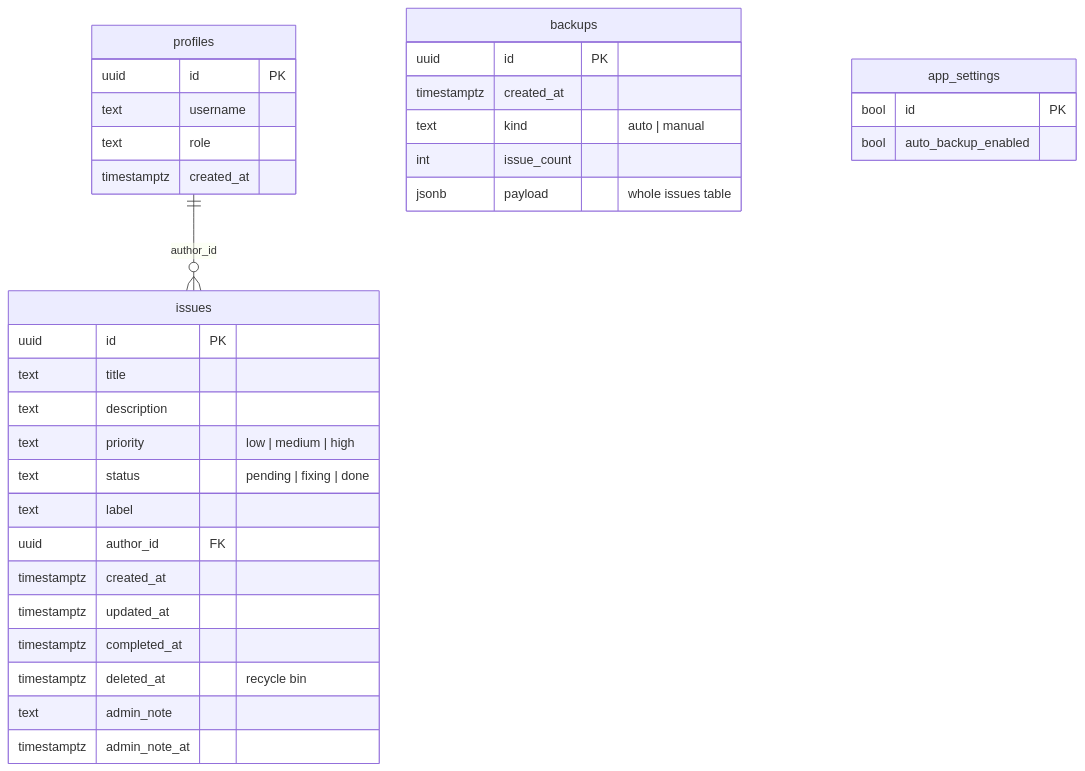
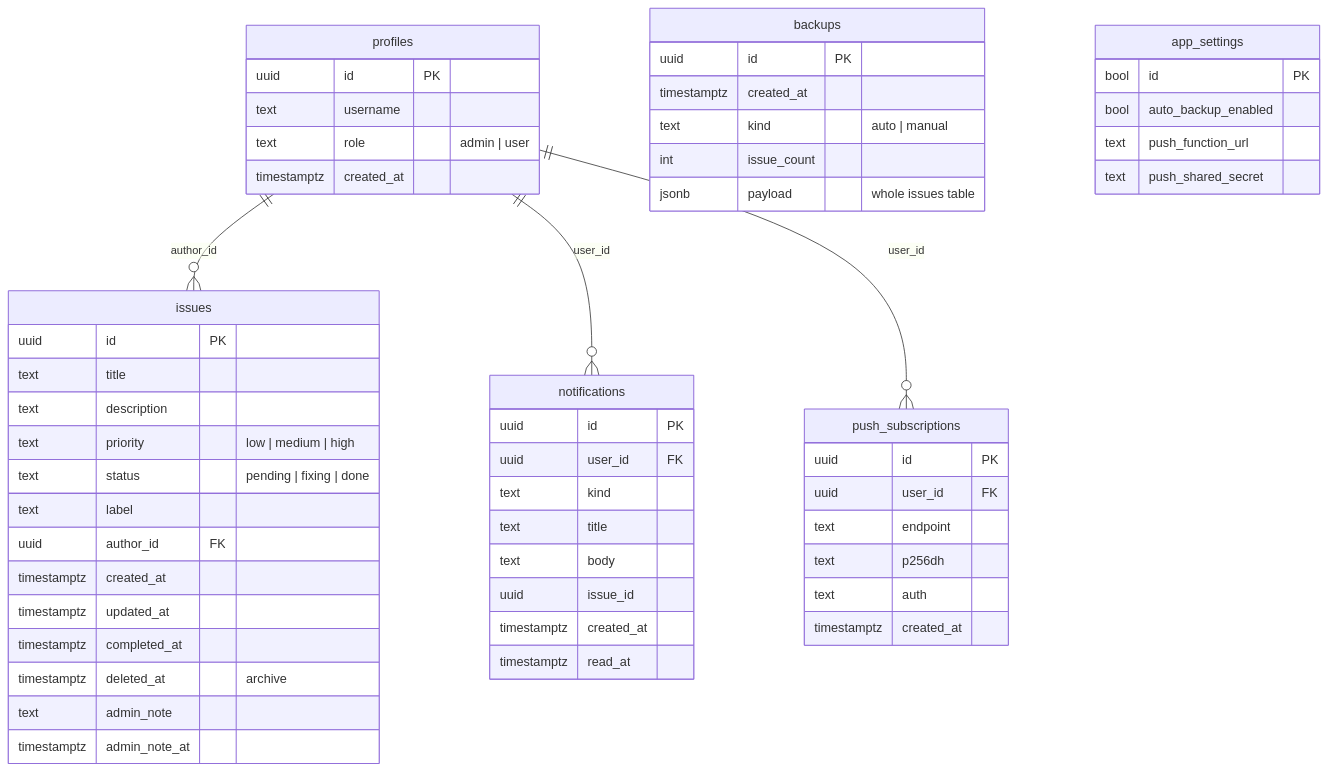
One commit to rawrmeo/issue-tracker changed the fifth of 15 diagrams in ARCHITECTURE.md. Above: the diagram before and after it, drawn with Mermaid. The commit also changed other lines of this file and 5 other files, not shown here.

````diff
--- a/ARCHITECTURE.md
+++ b/ARCHITECTURE.md
@@ -130,40 +164,64 @@
 ```mermaid
 erDiagram
   profiles ||--o{ issues : "author_id"
+  profiles ||--o{ notifications : "user_id"
+  profiles ||--o{ push_subscriptions : "user_id"
 
   profiles {
     uuid   id PK
     text   username
-    text   role
+    text   role "admin | user"
     timestamptz created_at
   }
 
   issues {
     uuid   id PK
     text   title
     text   description
     text   priority "low | medium | high"
     text   status   "pending | fixing | done"
     text   label
     uuid   author_id FK
     timestamptz created_at
     timestamptz updated_at
     timestamptz completed_at
-    timestamptz deleted_at   "recycle bin"
+    timestamptz deleted_at   "archive"
     text   admin_note
     timestamptz admin_note_at
   }
 
   backups {
     uuid   id PK
     timestamptz created_at
     text   kind "auto | manual"
     int    issue_count
     jsonb  payload "whole issues table"
   }
 
   app_settings {
-    bool id PK
-    bool auto_backup_enabled
+    bool   id PK
+    bool   auto_backup_enabled
+    text   push_function_url
+    text   push_shared_secret
+  }
+
+  notifications {
+    uuid   id PK
+    uuid   user_id FK
+    text   kind
+    text   title
+    text   body
+    uuid   issue_id
+    timestamptz created_at
+    timestamptz read_at
+  }
+
+  push_subscriptions {
+    uuid   id PK
+    uuid   user_id FK
+    text   endpoint
+    text   p256dh
+    text   auth
+    timestamptz created_at
   }
 ```
````
